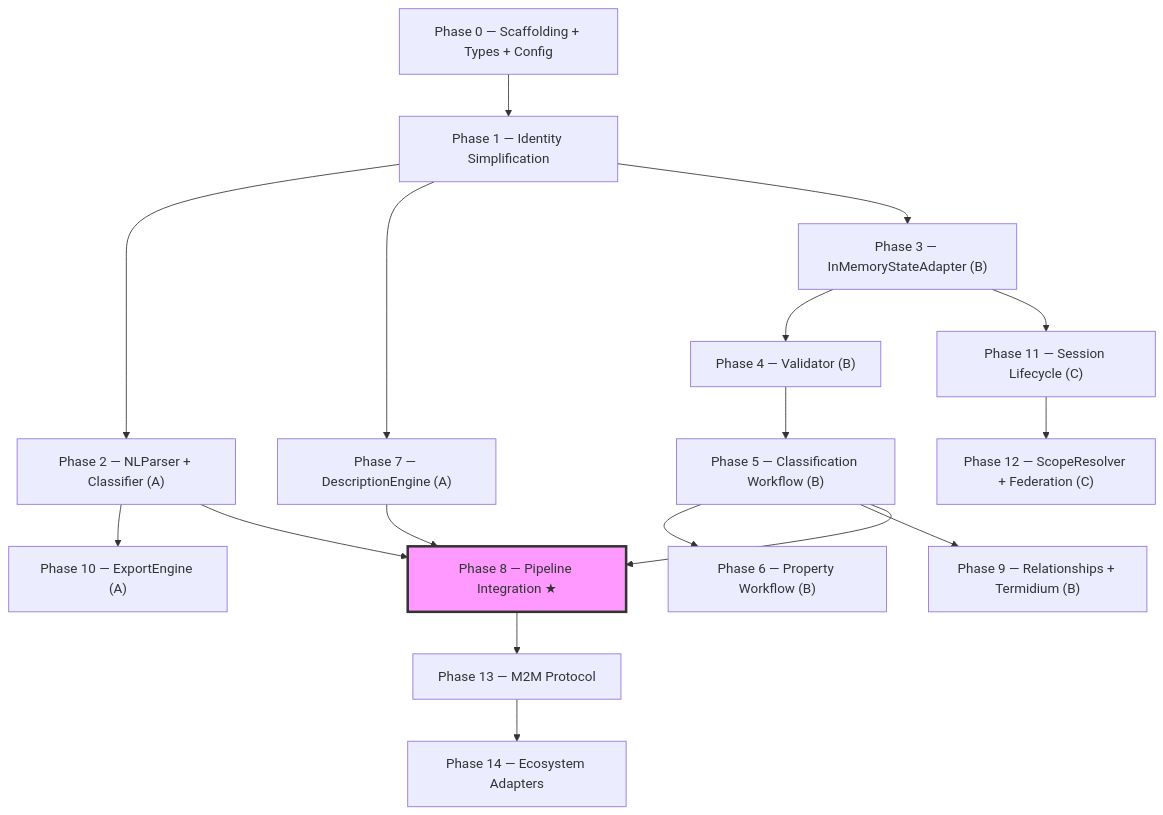
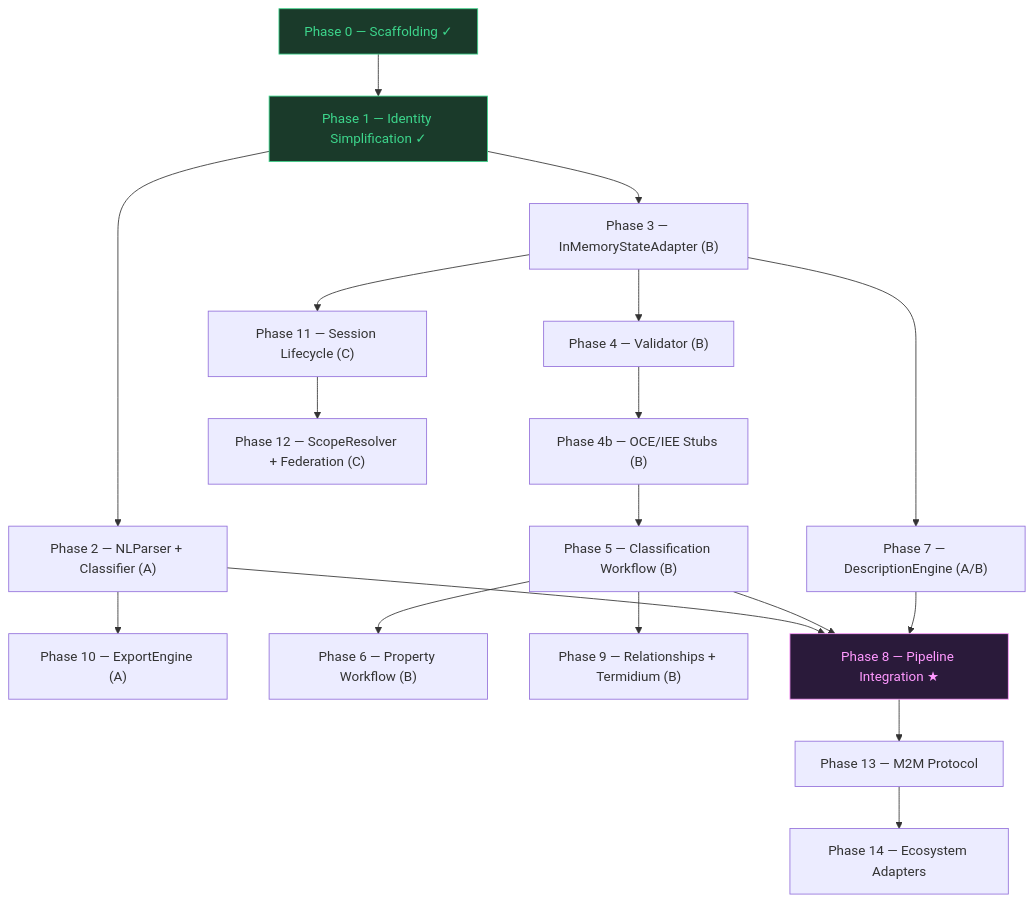
One commit to Skreen5hot/Fandaws-Sentinel changed the diagram in ROADMAP.md. Above: the diagram before and after it, drawn with Mermaid. The commit also changed other lines of this file and 14 other files, not shown here.

````diff
--- a/ROADMAP.md
+++ b/ROADMAP.md
@@ -12,31 +12,34 @@
 ```mermaid
 graph TD
-  P0["Phase 0 — Scaffolding + Types + Config"] --> P1["Phase 1 — Identity Simplification"]
+  P0["Phase 0 — Scaffolding ✓"] --> P1["Phase 1 — Identity Simplification ✓"]
 
   %% Track A — Linguistics & IO
   P1 --> P2["Phase 2 — NLParser + Classifier (A)"]
-  P1 --> P7["Phase 7 — DescriptionEngine (A)"]
+  P3 --> P7["Phase 7 — DescriptionEngine (A/B)"]
   P2 --> P10["Phase 10 — ExportEngine (A)"]
 
   %% Track B — Graph Mechanics
   P1 --> P3["Phase 3 — InMemoryStateAdapter (B)"]
   P3 --> P4["Phase 4 — Validator (B)"]
-  P4 --> P5["Phase 5 — Classification Workflow (B)"]
+  P4 --> P4b["Phase 4b — OCE/IEE Stubs (B)"]
+  P4b --> P5["Phase 5 — Classification Workflow (B)"]
   P5 --> P6["Phase 6 — Property Workflow (B)"]
   P5 --> P9["Phase 9 — Relationships + Termidium (B)"]
 
   %% Track C — Lifecycle & Federation
   P3 --> P11["Phase 11 — Session Lifecycle (C)"]
   P11 --> P12["Phase 12 — ScopeResolver + Federation (C)"]
 
   %% Convergence
   P2 --> P8["Phase 8 — Pipeline Integration ★"]
   P5 --> P8
   P7 --> P8
 
   %% Post-convergence
   P8 --> P13["Phase 13 — M2M Protocol"]
   P13 --> P14["Phase 14 — Ecosystem Adapters"]
 
-  style P8 fill:#f9f,stroke:#333,stroke-width:3px
+  style P0 fill:#1a3a2a,stroke:#3dd68c,color:#3dd68c
+  style P1 fill:#1a3a2a,stroke:#3dd68c,color:#3dd68c
+  style P8 fill:#2a1a3a,stroke:#f9f,color:#f9f
 ```
````
